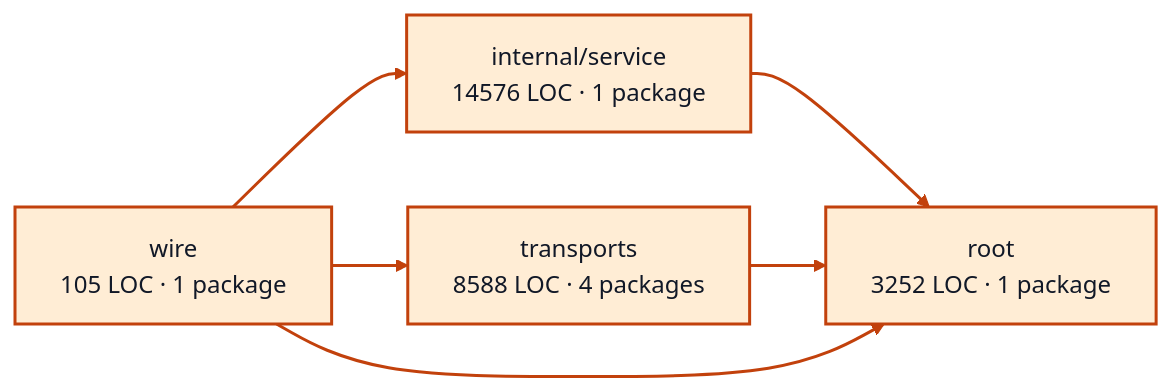
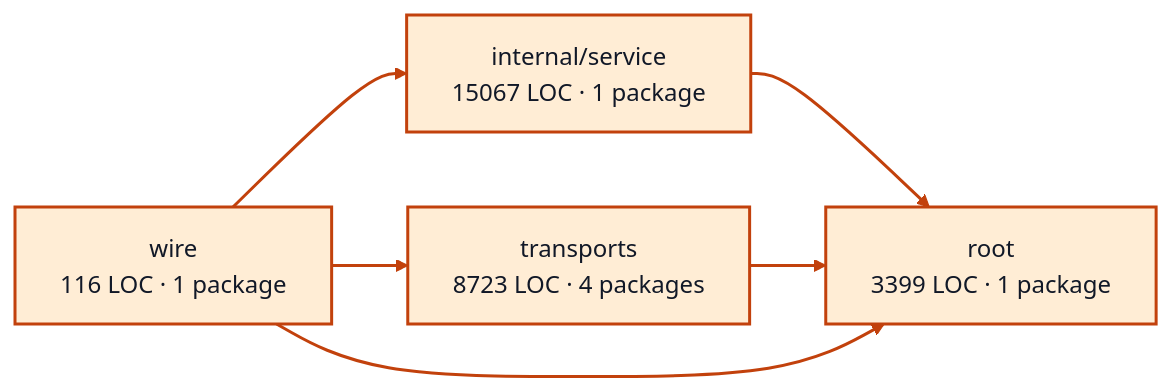
One commit to portpowered/you-agent-factory changed the diagram in docs/architecture/visualizations/services/worker_sessions.md. Above: the diagram before and after it, drawn with Mermaid. The commit also changed other lines of this file and 20 other files, not shown here.

Commit message:
docs: refresh backend architecture visualizations

````diff
--- a/docs/architecture/visualizations/services/worker_sessions.md
+++ b/docs/architecture/visualizations/services/worker_sessions.md
@@ -11,17 +11,17 @@
 ```mermaid
 flowchart LR
-  p0["internal/service<br/>14576 LOC · 1 package"]
-  p1["root<br/>3252 LOC · 1 package"]
-  p2["transports<br/>8588 LOC · 4 packages"]
-  p3["wire<br/>105 LOC · 1 package"]
+  p0["internal/service<br/>15067 LOC · 1 package"]
+  p1["root<br/>3399 LOC · 1 package"]
+  p2["transports<br/>8723 LOC · 4 packages"]
+  p3["wire<br/>116 LOC · 1 package"]
   p0 --> p1
   p2 --> p1
   p3 --> p0
   p3 --> p1
   p3 --> p2
   style p0 fill:#ffedd5,stroke:#c2410c,stroke-width:2px,color:#111827
   style p1 fill:#ffedd5,stroke:#c2410c,stroke-width:2px,color:#111827
   style p2 fill:#ffedd5,stroke:#c2410c,stroke-width:2px,color:#111827
   style p3 fill:#ffedd5,stroke:#c2410c,stroke-width:2px,color:#111827
   linkStyle default stroke:#c2410c,stroke-width:2px
 ```
````
